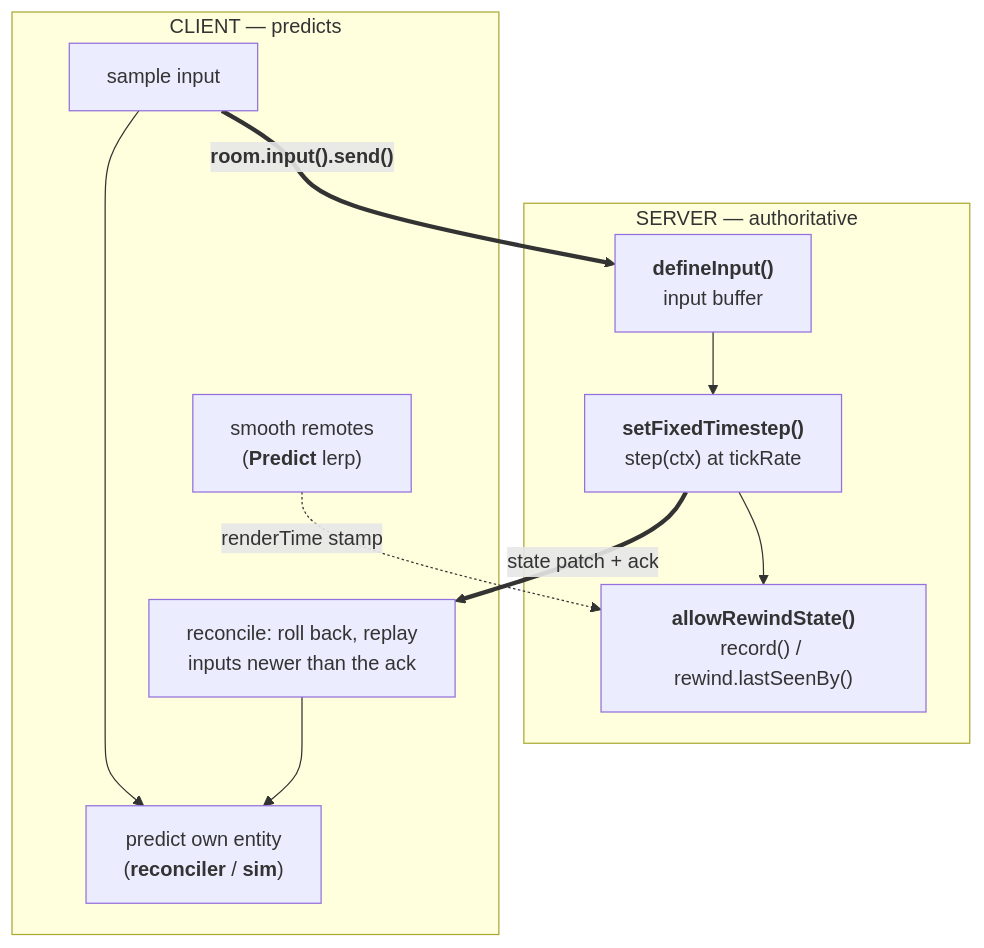
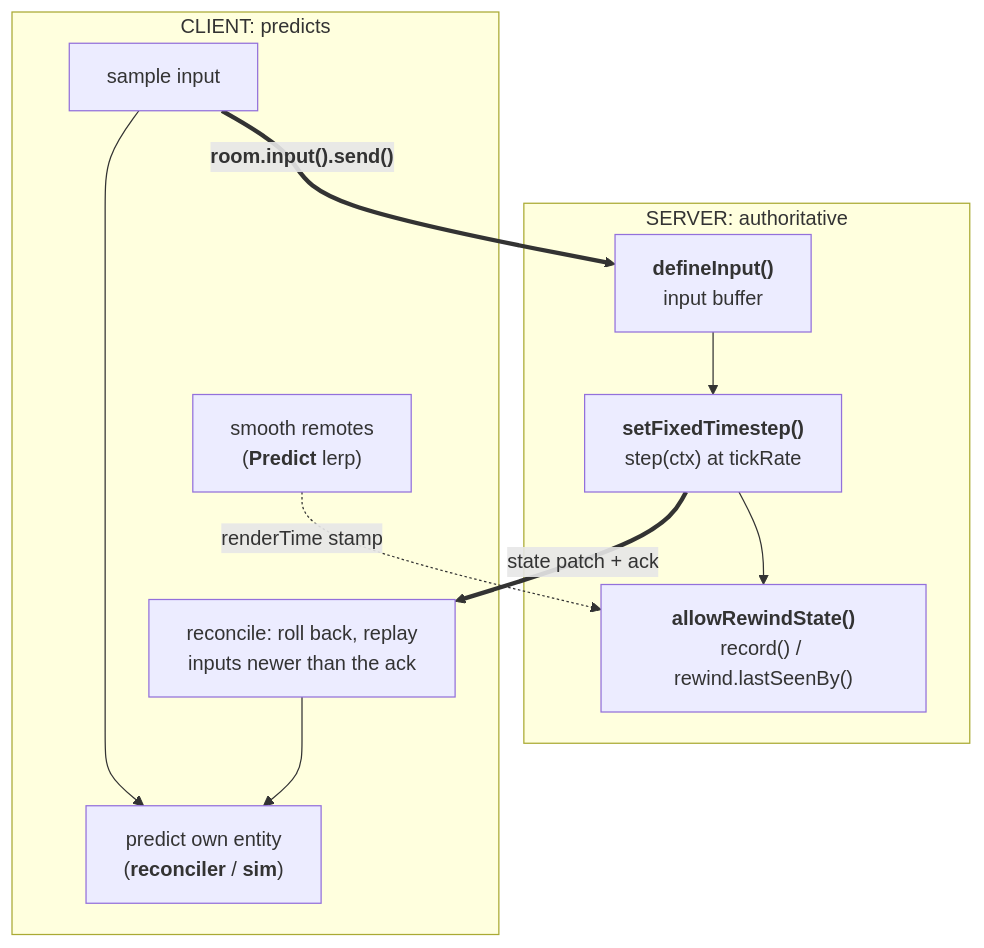
Before and after one commit to colyseus/docs: the diagram in pages/netcode.mdx, drawn with Mermaid. The commit also changed other lines of this file and 87 other files, not shown here.

````diff
--- a/pages/netcode.mdx
+++ b/pages/netcode.mdx
@@ -30,23 +30,23 @@
 ```mermaid
 flowchart TB
-    subgraph S["SERVER — authoritative"]
+    subgraph S["SERVER: authoritative"]
         buffer["<b>defineInput()</b><br/>input buffer"]
         step["<b>setFixedTimestep()</b><br/>step(ctx) at tickRate"]
         rewind["<b>allowRewindState()</b><br/>record() / rewind.lastSeenBy()"]
     end
 
-    subgraph C["CLIENT — predicts"]
+    subgraph C["CLIENT: predicts"]
         input["sample input"]
         predict["predict own entity<br/>(<b>reconciler</b> / <b>sim</b>)"]
         reconcile["reconcile: roll back, replay<br/>inputs newer than the ack"]
         remotes["smooth remotes<br/>(<b>Predict</b> lerp)"]
     end
 
     input --> predict
     input ==>|"<b>room.input().send()</b>"| buffer
     buffer --> step
     step --> rewind
     step ==>|"state patch + ack"| reconcile
     reconcile --> predict
     remotes -.->|"renderTime stamp"| rewind
 ```
````
